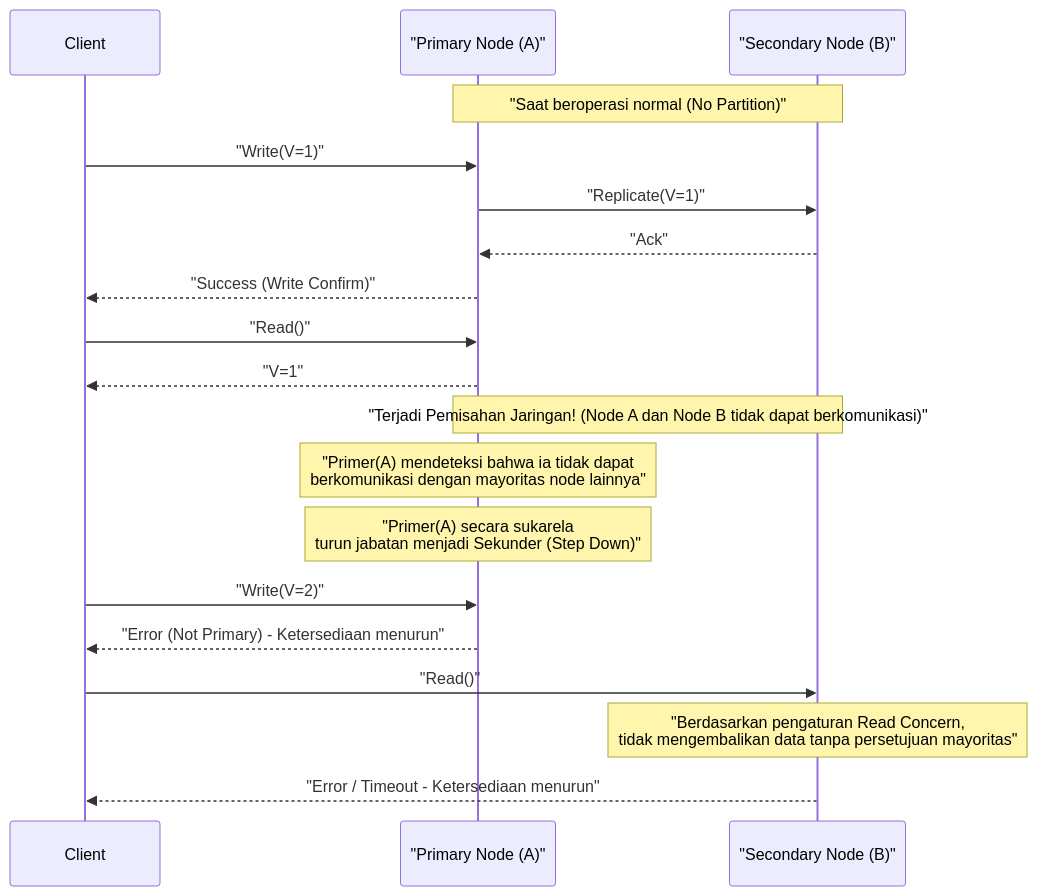
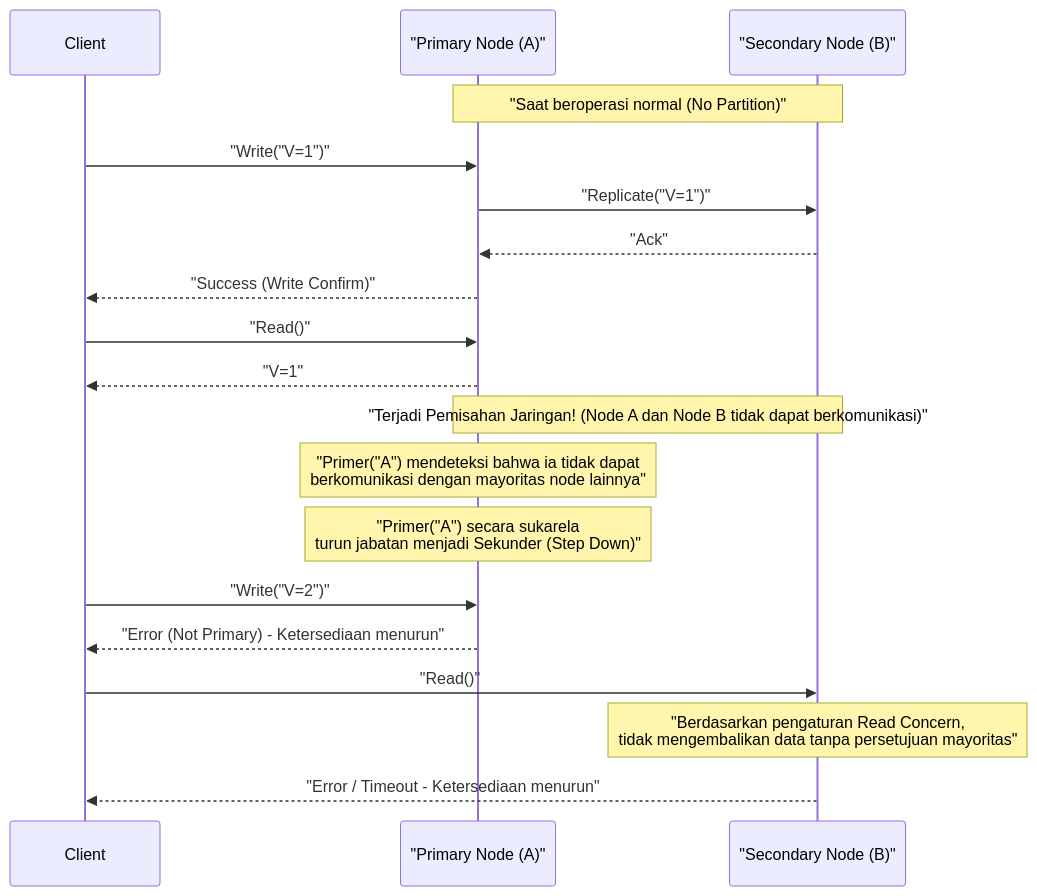
The second of 3 diagrams in content/post/cap-theorem-distributed-systems-tradeoff/index.id.md (kenjinote/blog), drawn with Mermaid before and after one commit. The commit also changed other lines of this file and 929 other files, not shown here.

Commit message:
fix: Add double quotes to all Mermaid node texts to resolve syntax errors

````diff
--- a/content/post/cap-theorem-distributed-systems-tradeoff/index.id.md
+++ b/content/post/cap-theorem-distributed-systems-tradeoff/index.id.md
@@ -131,27 +131,27 @@
 ```mermaid
 sequenceDiagram
     participant Client
     participant Primary as "Primary Node (A)"
     participant Secondary as "Secondary Node (B)"
     
     Note over Primary, Secondary: "Saat beroperasi normal (No Partition)"
-    Client->>Primary: "Write(V=1)"
-    Primary->>Secondary: "Replicate(V=1)"
+    Client->>Primary: "Write("V=1")"
+    Primary->>Secondary: "Replicate("V=1")"
     Secondary-->>Primary: "Ack"
     Primary-->>Client: "Success (Write Confirm)"
     Client->>Primary: "Read()"
     Primary-->>Client: "V=1"
 
     Note over Primary, Secondary: "Terjadi Pemisahan Jaringan! (Node A dan Node B tidak dapat berkomunikasi)"
     
     %% Asumsi Node A tertinggal di partisi minoritas
-    Note over Primary: "Primer(A) mendeteksi bahwa ia tidak dapat<br/>berkomunikasi dengan mayoritas node lainnya"
-    Note over Primary: "Primer(A) secara sukarela<br/>turun jabatan menjadi Sekunder (Step Down)"
+    Note over Primary: "Primer("A") mendeteksi bahwa ia tidak dapat<br/>berkomunikasi dengan mayoritas node lainnya"
+    Note over Primary: "Primer("A") secara sukarela<br/>turun jabatan menjadi Sekunder (Step Down)"
     
-    Client->>Primary: "Write(V=2)"
+    Client->>Primary: "Write("V=2")"
     Primary-->>Client: "Error (Not Primary) - Ketersediaan menurun"
     
     Client->>Secondary: "Read()"
     Note over Secondary: "Berdasarkan pengaturan Read Concern,<br/>tidak mengembalikan data tanpa persetujuan mayoritas"
     Secondary-->>Client: "Error / Timeout - Ketersediaan menurun"
 ```
````
